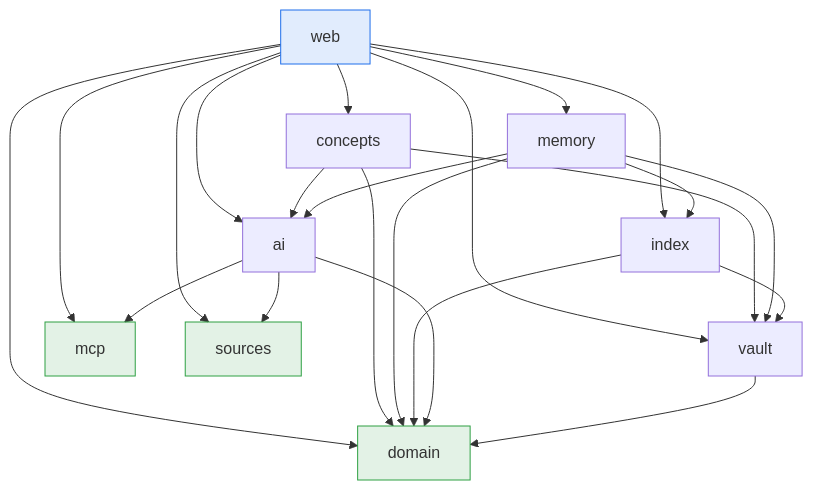
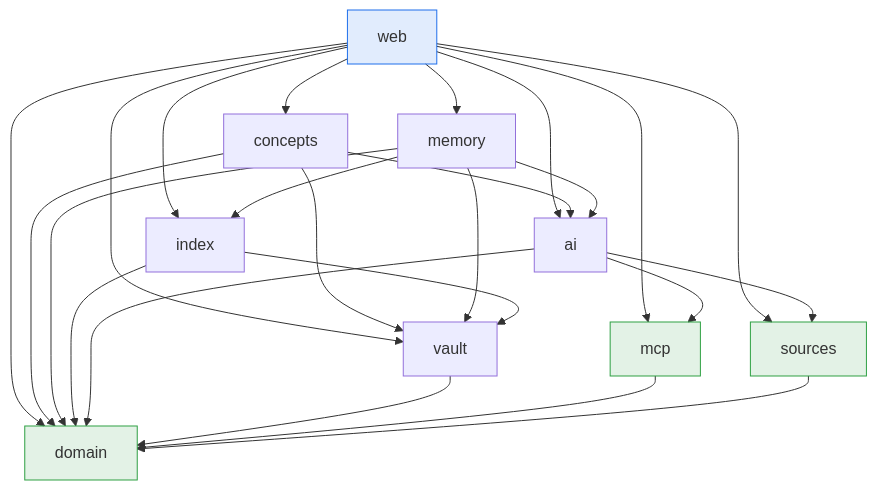
Before and after one commit to jasdian/idea-vault: the second of 2 diagrams in docs/02-module-reference.md, drawn with Mermaid. The commit also changed other lines of this file and 2 other files, not shown here.

First line of the commit message:
docs(adr): ADR-0025 allows the mcp and sources leaves to depend on domain

````diff
--- a/docs/02-module-reference.md
+++ b/docs/02-module-reference.md
@@ -95,45 +95,47 @@
 ```mermaid
 flowchart TD
     web["web"]
     concepts["concepts"]
     memory["memory"]
     index["index"]
     ai["ai"]
     vault["vault"]
     domain["domain"]
     mcp["mcp"]
     sources["sources"]
 
     web --> concepts
     web --> memory
     web --> index
     web --> ai
     web --> vault
     web --> domain
     web --> mcp
     web --> sources
 
     concepts --> ai
     concepts --> vault
     concepts --> domain
 
     memory --> ai
     memory --> vault
     memory --> index
     memory --> domain
 
     index --> vault
     index --> domain
 
     ai --> domain
     ai --> mcp
     ai --> sources
     vault --> domain
+    mcp --> domain
+    sources --> domain
 
     classDef top fill:#1f6feb22,stroke:#1f6feb;
     classDef base fill:#2ea04322,stroke:#2ea043;
     class web top;
     class domain base;
     class mcp base;
     class sources base;
 ```
````
